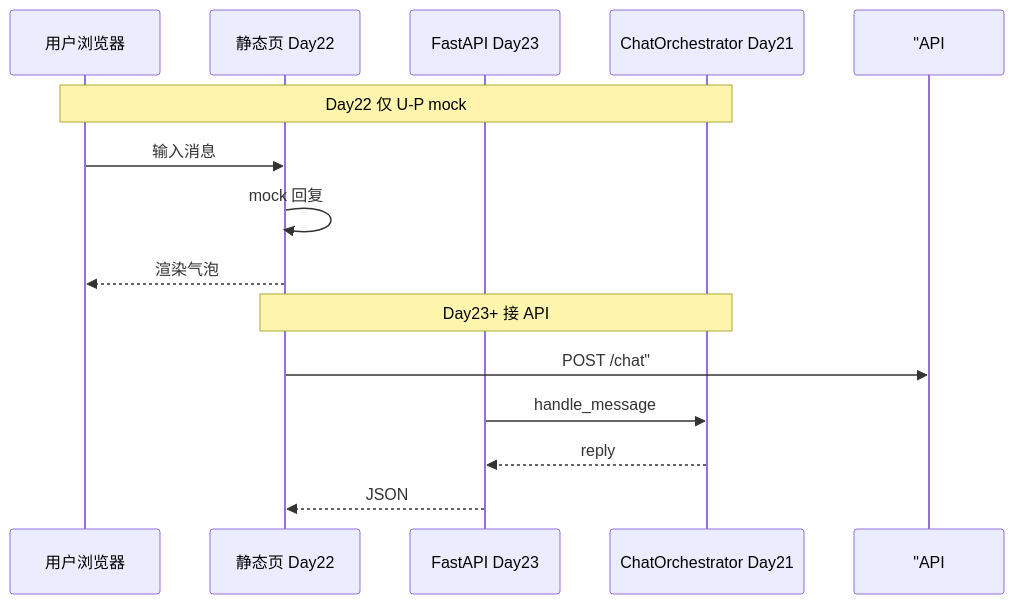
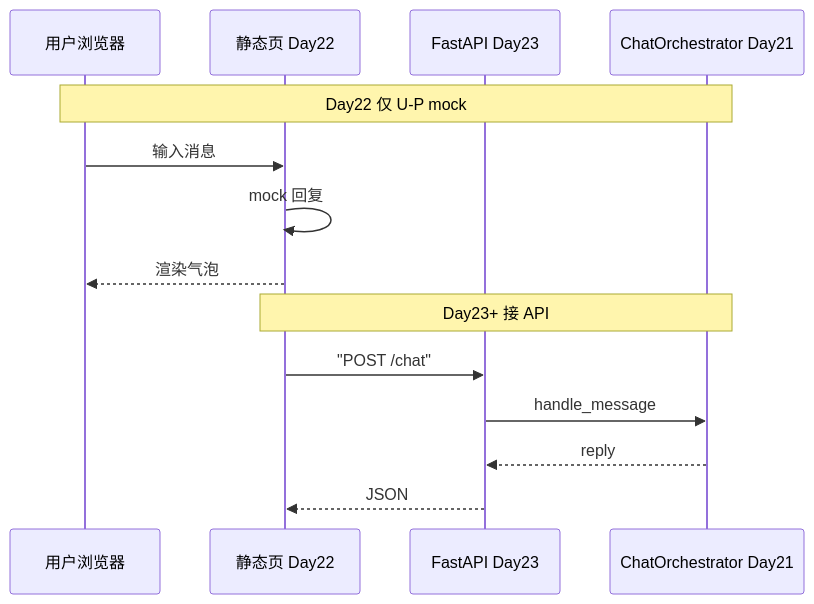
Before and after one commit to ab6539763/70_days_course_plus: the second of 2 diagrams in course/day21/27_Day22前端速成预习.md, drawn with Mermaid. The commit also changed 80 other files, not shown here.

First line of the commit message:
fix(course): 修复 Mermaid 图表渲染报错 + 同步嵌入代码快照

````diff
--- a/course/day21/27_Day22前端速成预习.md
+++ b/course/day21/27_Day22前端速成预习.md
@@ -151,18 +151,18 @@
 ```mermaid
 sequenceDiagram
     participant U as 用户浏览器
     participant P as 静态页 Day22
     participant API as FastAPI Day23
     participant O as ChatOrchestrator Day21
 
     Note over U,O: Day22 仅 U-P mock
     U->>P: 输入消息
     P->>P: mock 回复
     P-->>U: 渲染气泡
 
     Note over P,O: Day23+ 接 API
-    P->> "API: POST /chat"
+    P->>API: "POST /chat"
     API->>O: handle_message
     O-->>API: reply
     API-->>P: JSON
 ```
````
